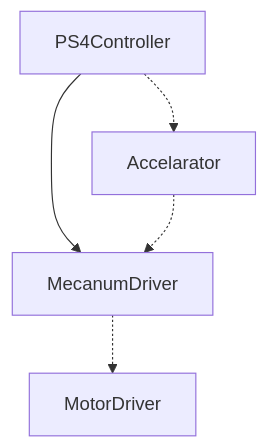
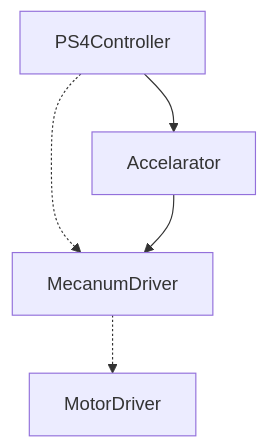
Before and after one commit to Tomoooji/Planaria_renewal: the first of 2 diagrams in README.md, drawn with Mermaid.

````diff
--- a/README.md
+++ b/README.md
@@ -22,7 +22,7 @@
 ```mermaid
 graph TD;
-PS4Controller -.->　Accelarator;
-PS4Controller --> MecanumDriver; 
-Accelarator -.-> MecanumDriver;
+PS4Controller -->　Accelarator;
+PS4Controller -.-> MecanumDriver; 
+Accelarator --> MecanumDriver;
 MecanumDriver -.-> MotorDriver;
 ```
````
